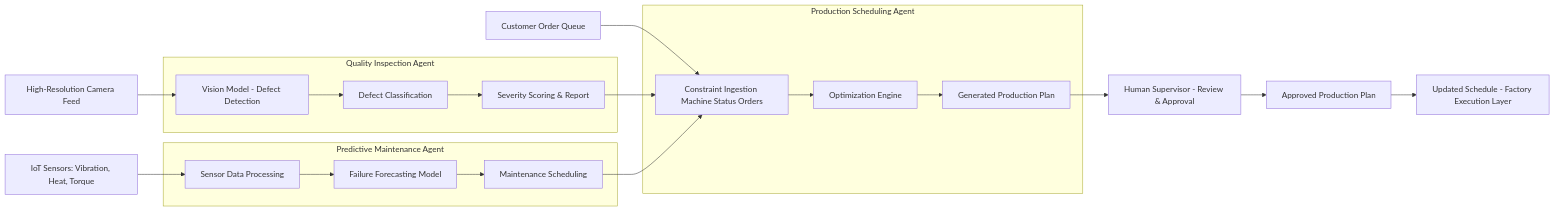
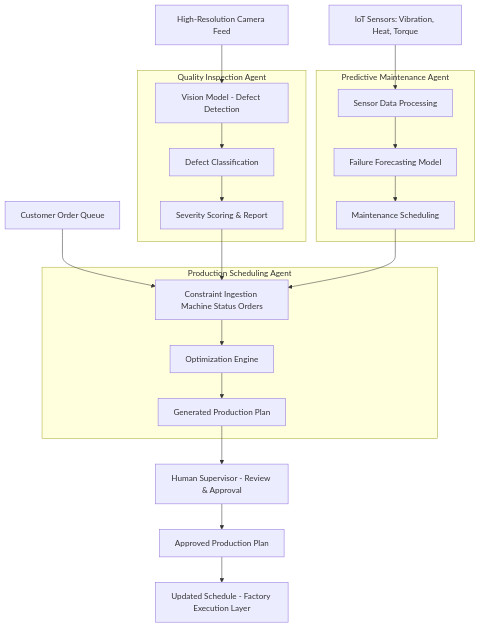
One commit to PLP-Academy/ai_se_week8_assignment changed the diagram in AI_Agents_Comprehensive_Analysis.md. Above: the diagram before and after it, drawn with Mermaid.

Commit message:
fix:flow diagram errors on github

````diff
--- a/AI_Agents_Comprehensive_Analysis.md
+++ b/AI_Agents_Comprehensive_Analysis.md
@@ -123,39 +123,39 @@
 ```mermaid
-flowchart LR
+flowchart TD
     Camera[High-Resolution Camera Feed]
     SensorData[IoT Sensors: Vibration, Heat, Torque]
     Orders[Customer Order Queue]
 
     subgraph QA[Quality Inspection Agent]
         Q1[Vision Model - Defect Detection]
         Q2[Defect Classification]
         Q3[Severity Scoring & Report]
     end
 
     Camera --> Q1 --> Q2 --> Q3
 
     subgraph PM[Predictive Maintenance Agent]
         P1[Sensor Data Processing]
         P2[Failure Forecasting Model]
         P3[Maintenance Scheduling]
     end
 
     SensorData --> P1 --> P2 --> P3
 
     subgraph PS[Production Scheduling Agent]
         S1[Constraint Ingestion Machine Status Orders]
         S2[Optimization Engine]
         S3[Generated Production Plan]
     end
 
     Orders --> S1
     Q3 --> S1
     P3 --> S1
     S1 --> S2 --> S3
 
     Human[Human Supervisor - Review & Approval]
 
     S3 --> Human --> S3Approval[Approved Production Plan]
 
     S3Approval --> FinalOutput[Updated Schedule - Factory Execution Layer]
 ```
````
